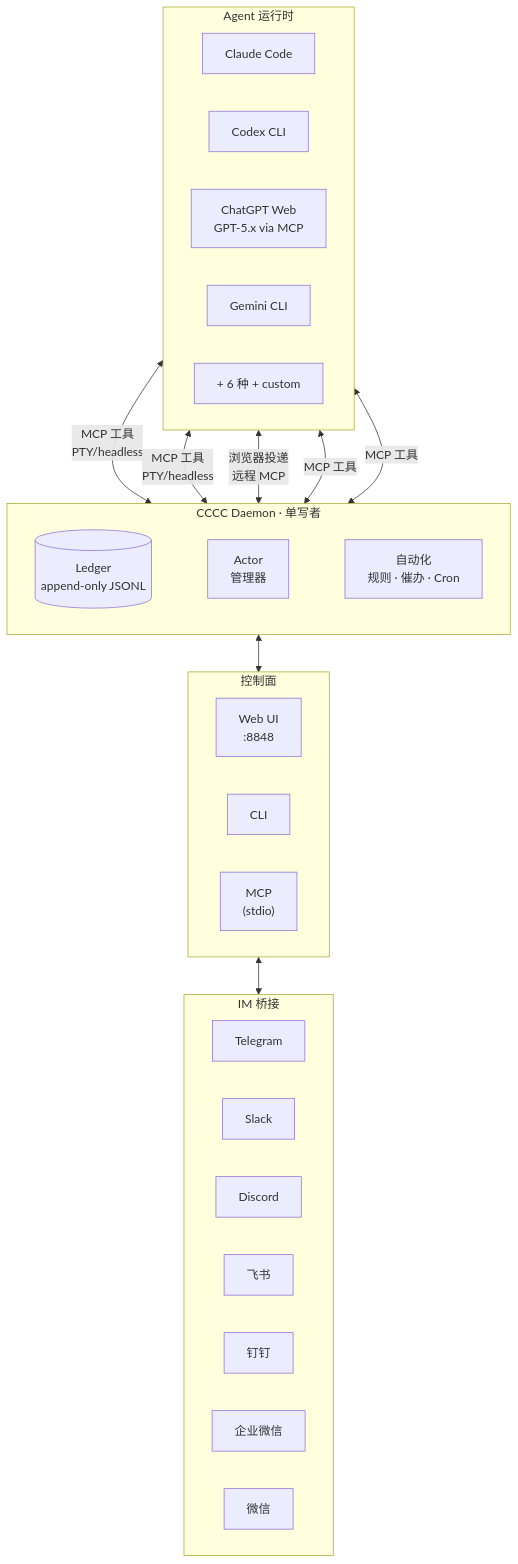
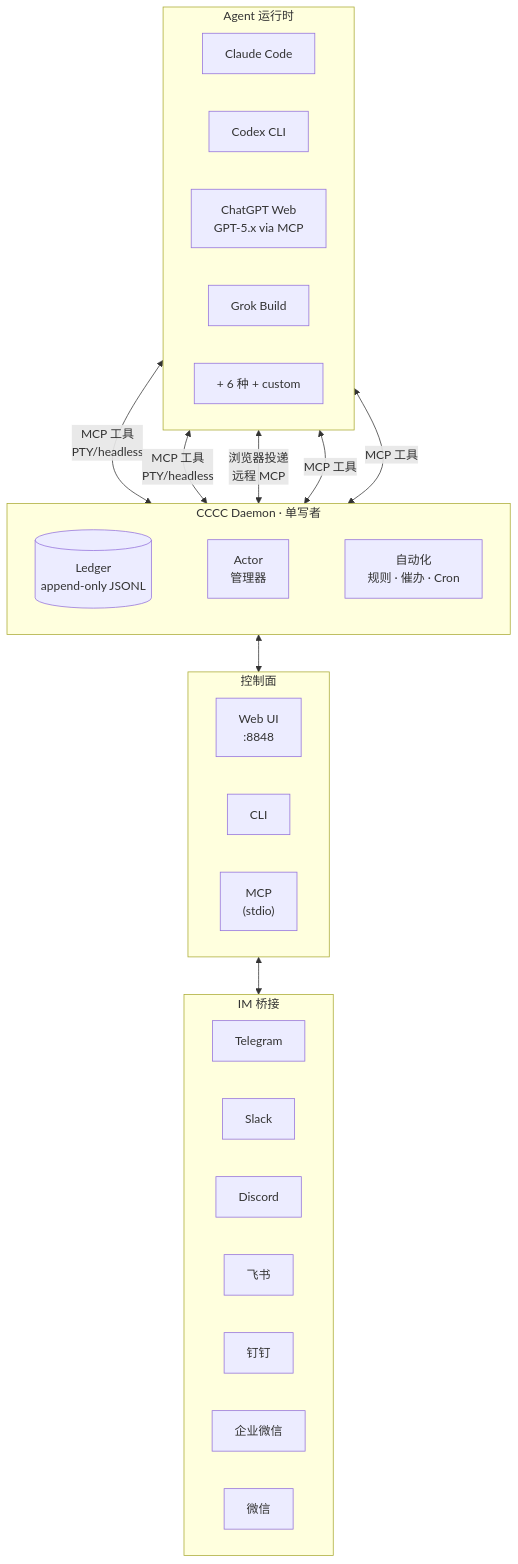
The diagram in README.zh-CN.md (ChesterRa/cccc), drawn with Mermaid before and after one commit. The commit also changed other lines of this file and 40 other files, not shown here.

Commit message:
Remove Gemini CLI runtime support

````diff
--- a/README.zh-CN.md
+++ b/README.zh-CN.md
@@ -130,46 +130,46 @@
 ```mermaid
 graph TB
     subgraph Agents["Agent 运行时"]
         direction LR
         A1["Claude Code"]
         A2["Codex CLI"]
         A3["ChatGPT Web<br/>GPT-5.x via MCP"]
-        A4["Gemini CLI"]
+        A4["Grok Build"]
         A5["+ 6 种 + custom"]
     end
 
     subgraph Daemon["CCCC Daemon · 单写者"]
         direction LR
         Ledger[("Ledger<br/>append-only JSONL")]
         ActorMgr["Actor<br/>管理器"]
         Auto["自动化<br/>规则 · 催办 · Cron"]
         Ledger ~~~ ActorMgr ~~~ Auto
     end
 
     subgraph Ports["控制面"]
         direction LR
         Web["Web UI<br/>:8848"]
         CLI["CLI"]
         MCP["MCP<br/>(stdio)"]
     end
 
     subgraph IM["IM 桥接"]
         direction LR
         TG["Telegram"]
         SL["Slack"]
         DC["Discord"]
         FS["飞书"]
         DT["钉钉"]
         WC["企业微信"]
         WX["微信"]
     end
 
     A1 <-->|MCP 工具<br/>PTY/headless| Daemon
     A2 <-->|MCP 工具<br/>PTY/headless| Daemon
     A3 <-->|浏览器投递<br/>远程 MCP| Daemon
     A4 <-->|MCP 工具| Daemon
     A5 <-->|MCP 工具| Daemon
     Daemon <--> Ports
     Web <--> IM
 
 ```
````
